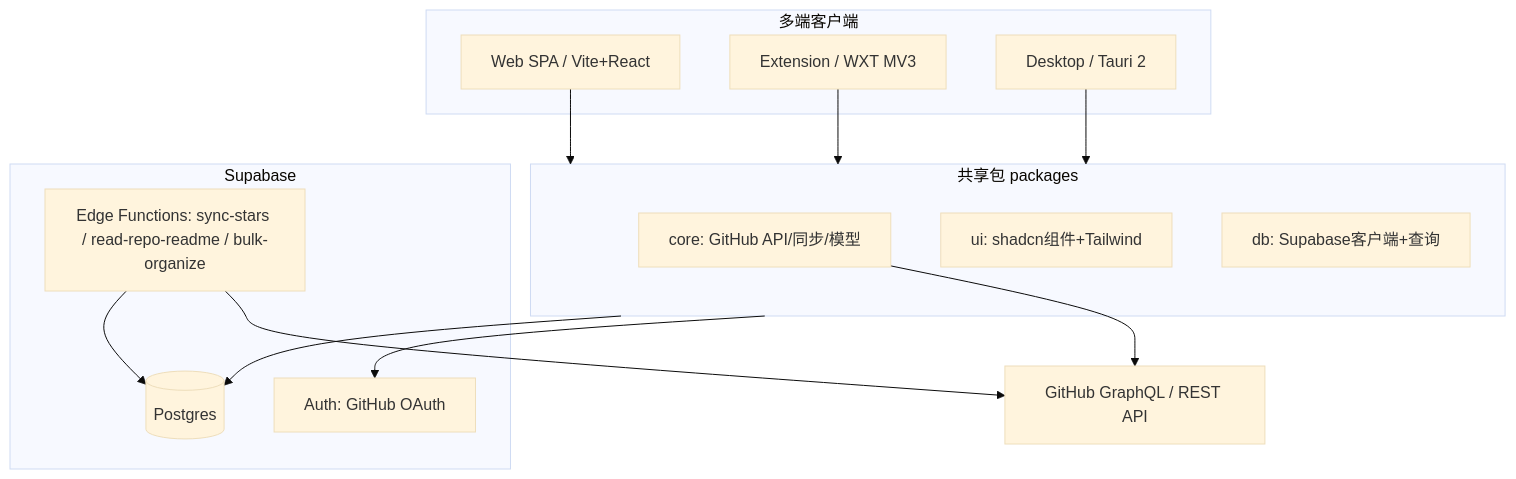
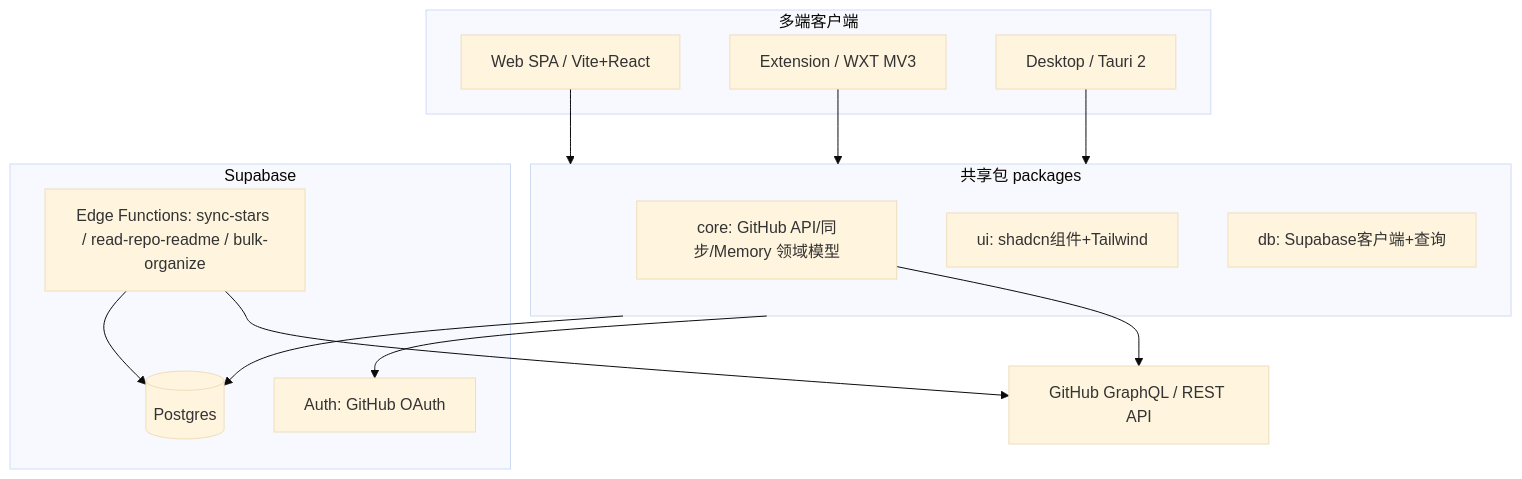
One commit to sousouliao/asterism changed the first of 2 diagrams in knowledge/contracts/architecture.md. Above: the diagram before and after it, drawn with Mermaid (base theme). The commit also changed other lines of this file and 20 other files, not shown here.

````diff
--- a/knowledge/contracts/architecture.md
+++ b/knowledge/contracts/architecture.md
@@ -9,28 +9,28 @@
 ```mermaid
 flowchart TD
   subgraph clients [多端客户端]
     web[Web SPA / Vite+React]
     ext[Extension / WXT MV3]
     desktop[Desktop / Tauri 2]
   end
   subgraph shared [共享包 packages]
-    core[core: GitHub API/同步/模型]
+    core[core: GitHub API/同步/Memory 领域模型]
     ui[ui: shadcn组件+Tailwind]
     db[db: Supabase客户端+查询]
   end
   subgraph supabase [Supabase]
     auth[Auth: GitHub OAuth]
     pg[(Postgres)]
     fn[Edge Functions: sync-stars / read-repo-readme / bulk-organize]
   end
   gh[GitHub GraphQL / REST API]
 
   web --> shared
   ext --> shared
   desktop --> shared
   shared --> auth
   shared --> pg
   core --> gh
   fn --> gh
   fn --> pg
 ```
````
